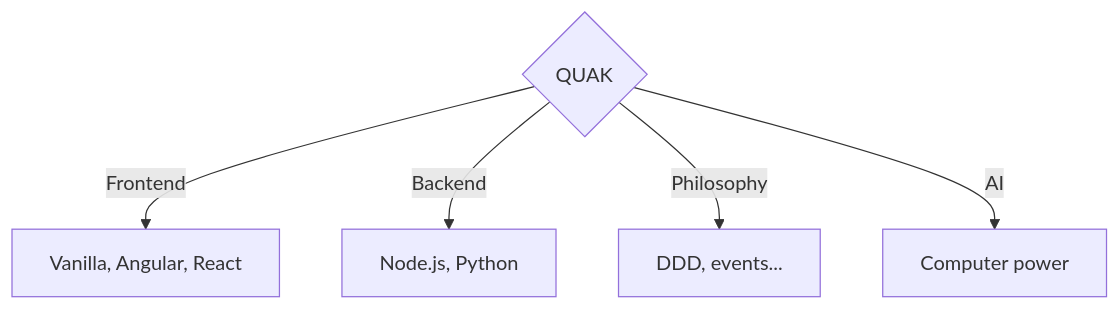
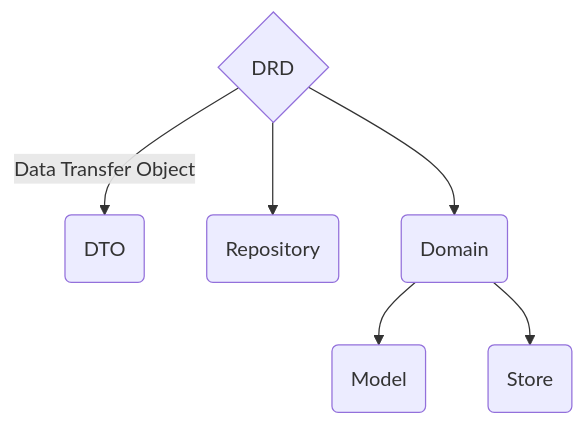
The first of 2 diagrams in pages/index.mdx (Walikuperek/quak-docs), drawn with Mermaid before and after one commit. The commit also changed other lines of this file and 86 other files, not shown here.

````diff
--- a/pages/index.mdx
+++ b/pages/index.mdx
@@ -58,8 +82,10 @@
 ```mermaid
 flowchart TD
-    C{QUAK}
-    C -->|Frontend| D[Vanilla, Angular, React]
-    C -->|Backend| E[Node.js, Python]
-    C -->|Philosophy| F[DDD, events...]
-    C -->|AI| G[Computer power]
+    C{DRD}
+    C -->|Data Transfer Object| D(DTO)
+    C --> E(Repository)
+    C --> F(Domain)
+
+    F --> G(Model)
+    F --> H(Store)
 ```
````
